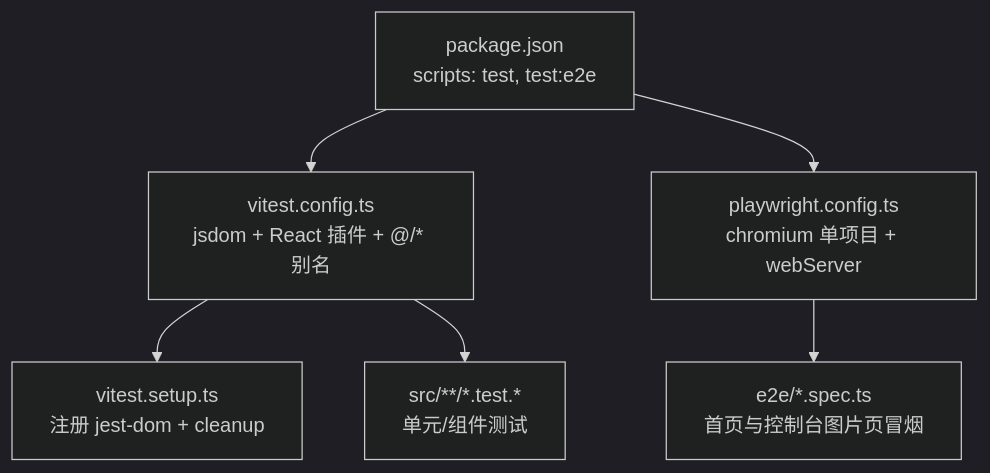
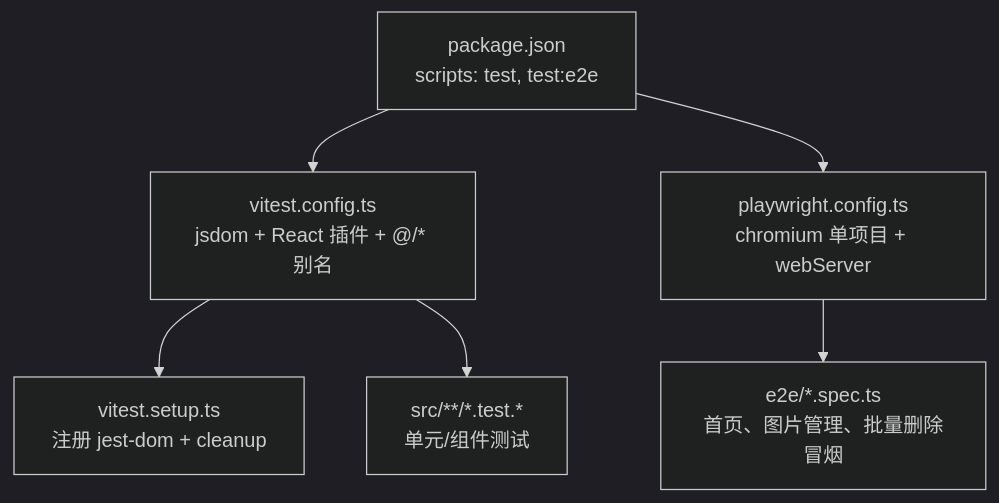
One commit to pnnh/weable changed the first of 6 diagrams in .qoder/repowiki/zh/content/开发指南/测试套件设置.md. Above: the diagram before and after it, drawn with Mermaid (dark theme). The commit also changed other lines of this file and 133 other files, not shown here.

Commit message:
实现基于浏览器自带AI识别图片内容功能

````diff
--- a/.qoder/repowiki/zh/content/开发指南/测试套件设置.md
+++ b/.qoder/repowiki/zh/content/开发指南/测试套件设置.md
@@ -44,8 +43,8 @@
 ```mermaid
 graph TB
 A["package.json<br/>scripts: test, test:e2e"] --> B["vitest.config.ts<br/>jsdom + React 插件 + @/* 别名"]
 A --> C["playwright.config.ts<br/>chromium 单项目 + webServer"]
 B --> D["vitest.setup.ts<br/>注册 jest-dom + cleanup"]
 B --> E["src/**/*.test.*<br/>单元/组件测试"]
-C --> F["e2e/*.spec.ts<br/>首页与控制台图片页冒烟"]
+C --> F["e2e/*.spec.ts<br/>首页、图片管理、批量删除冒烟"]
 ```
````
